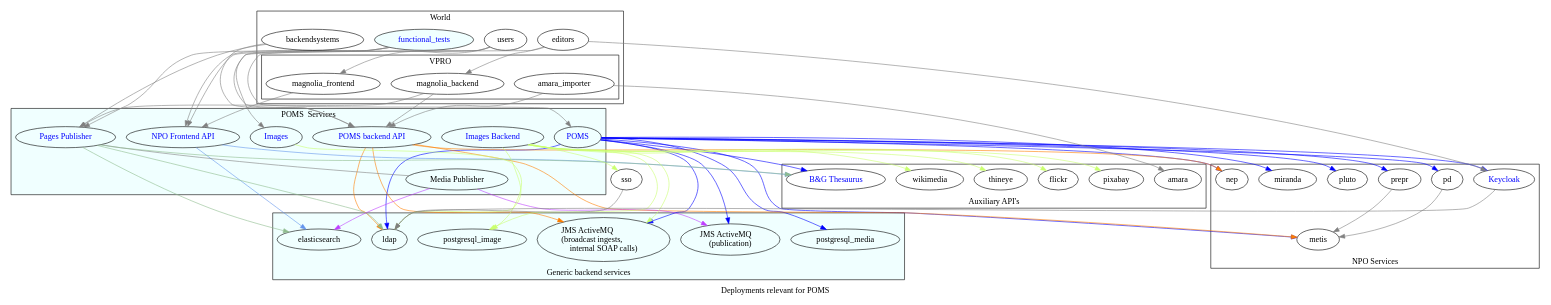
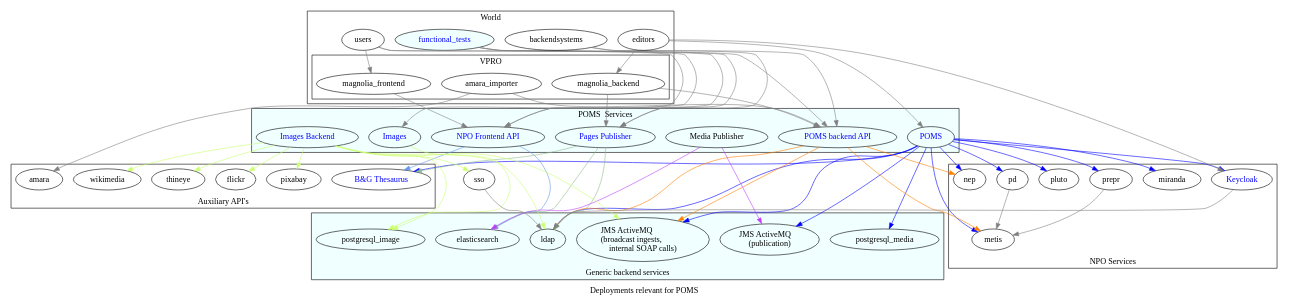
Before and after one commit to npo-poms/poms-parent: the diagram in poms-deployment.dot, drawn with Graphviz. The commit also changed 3 other files, not shown here.

Commit message:
it is incorrect that pages publisher has a dependency in media-publisher

```diff
--- a/poms-deployment.dot
+++ b/poms-deployment.dot
@@ -1,189 +1,189 @@
 digraph poms_universe {
 
     label="Deployments relevant for POMS"
     edge [
       color=gray
     ]
 
     poms [ label="POMS" href="https://poms.omroep.nl/" fontcolor=blue ]
     poms_backend [ label="POMS backend API" href="https://api.poms.omroep.nl/" fontcolor=blue ]
     api [ label = "NPO Frontend API" href="https://rs.poms.omroep.nl/" fontcolor=blue ]
     pages_publish [ label = "Pages Publisher"     href="https://publish.pages.omroep.nl/" fontcolor=blue ]
     media_publish [ label = "Media Publisher" ]
     images_frontend [ label = "Images" href="https://images.poms.omroep.nl" fontcolor=blue]
     images_backend [ label = "Images Backend" href="https://poms.omroep.nl/images/" fontcolor=blue ]
     gtaa [ label ="B&G Thesaurus"  href="http://gtaa.beeldengeluid.nl/" fontcolor=blue]
     thineye
     functional_tests [
        fillcolor=azure
        style=filled
        href="https://jenkins.vpro.nl/job/POMS%20Functional%20Tests/"
        fontcolor="blue"
     ]
 
     subgraph cluster_0  {
       label="Generic backend services"
       labelloc=b
       bgcolor=azure
       postgresql_media
       postgresql_image
       elasticsearch
       jms_ingest [ label = "JMS ActiveMQ\l(broadcast ingests,\linternal SOAP calls)" ]
       jms_publish [ label = "JMS ActiveMQ\l(publication)" ]
       ldap
       // gosa [ label="GOSa" href="https://admin.sso.omroep.nl/" fontcolor=blue
 
     }
 
 
 subgraph cluster_3  {
   label="World"
   users
   backendsystems
   editors
   functional_tests
 subgraph cluster_2  {
   label="VPRO"
   magnolia_frontend
   magnolia_backend
   amara_importer
 }
 
 }
 subgraph cluster_4  {
   label="POMS  Services"
   bgcolor=azure
   poms
   poms_backend
   pages_publish
   media_publish
   api
   images_frontend
   images_backend
 }
 
 subgraph cluster_5  {
   label="NPO Services"
   labelloc=b
   metis
   pd
   prepr
   miranda
   pluto
   nep
   keycloak [ label = "Keycloak" href="https://ident.poms.omroep.nl/auth/" fontcolor=blue]
 }
 
 subgraph cluster_6 {
   label="Auxiliary API's"
   labelloc=b
   gtaa
   thineye
   wikimedia
   pixabay
   flickr
   amara
 }
 
 editors -> {
   magnolia_backend
   poms
   keycloak
 }
 
 users -> {
   magnolia_frontend
   api
   images_frontend
 }
 
 backendsystems -> {
   poms_backend
   pages_publish
 }
 
 poms -> {
   postgresql_media
   jms_publish
   jms_ingest
   keycloak
   ldap
   miranda
   prepr
   pd
   metis
   pluto
   nep
   gtaa
 }[color=blue]
 
 poms_backend -> {
   jms_ingest
   ldap
   metis
   ldap
   nep
 }[color=darkorange1]
 
 api -> {
   elasticsearch
   gtaa
 }[color=cornflowerblue]
 
 pages_publish-> {
   elasticsearch
   ldap
   gtaa
 }[color=darkseagreen]
 
 media_publish -> {
   elasticsearch
   jms_publish
 }[color=darkorchid1]
-pages_publish -> media_publish[dir=none]
+
 
 images_frontend -> {
   postgresql_image
 }[color=darkolivegreen1]
 images_backend -> {
   postgresql_image
   jms_ingest
   sso
   ldap
   thineye
   wikimedia
   pixabay
   flickr
 }[color=darkolivegreen1]
 
 magnolia_backend -> {
   poms_backend
   pages_publish
 }
 
 magnolia_frontend -> {
   api
 }
 
 sso -> ldap
 
 prepr -> metis
 pd -> metis
 
 //gosa -> ldap
 
 keycloak -> ldap
 
 
 functional_tests -> {
   poms_backend
   pages_publish
   api
 }
 
 amara_importer -> {
   poms_backend
   amara
 }
 
 }
```
